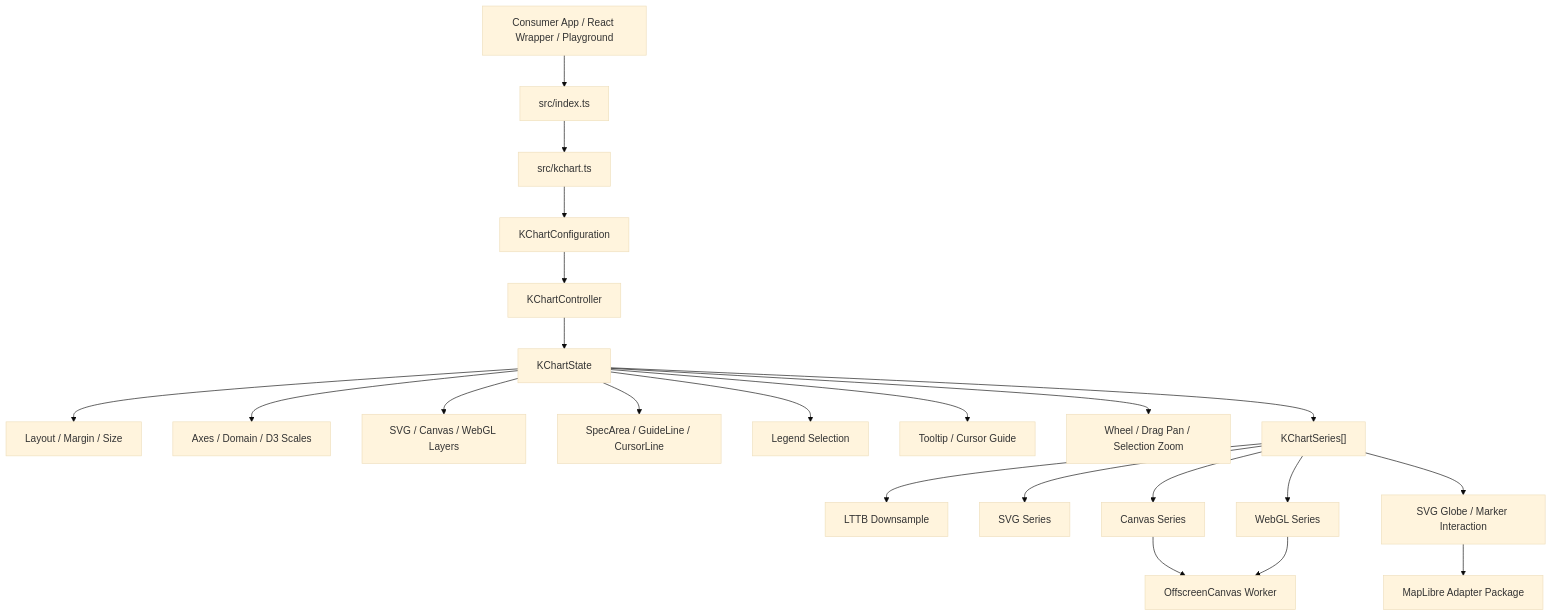
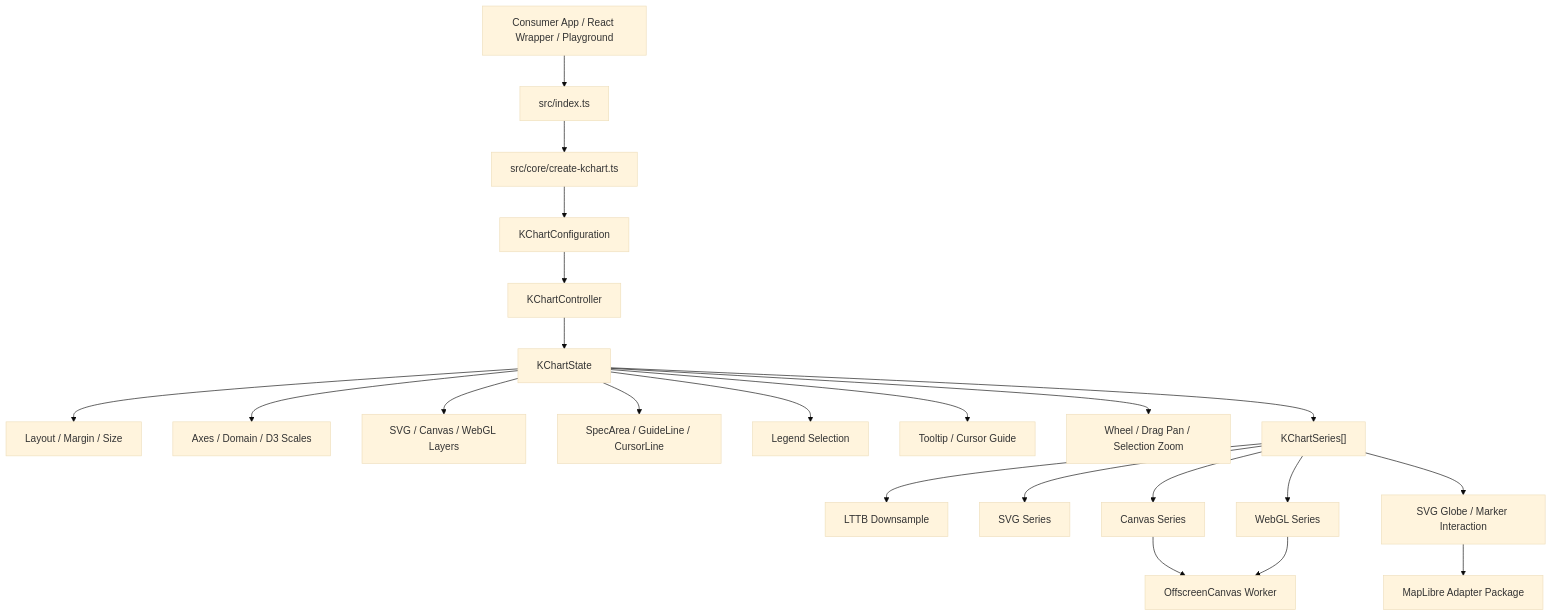
Before and after one commit to keneth80/k-chart: the first of 2 diagrams in docs/code-graph-handoff.md, drawn with Mermaid (base theme). The commit also changed other lines of this file and 29 other files, not shown here.

````diff
--- a/docs/code-graph-handoff.md
+++ b/docs/code-graph-handoff.md
@@ -25,46 +28,46 @@
 ```mermaid
 flowchart TD
     App["Consumer App / React Wrapper / Playground"]
     API["src/index.ts"]
-    Core["src/kchart.ts"]
+    Core["src/core/create-kchart.ts"]
     Config["KChartConfiguration<T>"]
     Controller["KChartController<T>"]
     State["KChartState<T>"]
     Layout["Layout / Margin / Size"]
     Scales["Axes / Domain / D3 Scales"]
     Layers["SVG / Canvas / WebGL Layers"]
     Options["SpecArea / GuideLine / CursorLine"]
     Legend["Legend Selection"]
     Tooltip["Tooltip / Cursor Guide"]
     Zoom["Wheel / Drag Pan / Selection Zoom"]
     Downsample["LTTB Downsample"]
     Series["KChartSeries<T>[]"]
     SvgSeries["SVG Series"]
     CanvasSeries["Canvas Series"]
     WebglSeries["WebGL Series"]
     Worker["OffscreenCanvas Worker"]
     Globe["SVG Globe / Marker Interaction"]
     MapAdapter["MapLibre Adapter Package"]
 
     App --> API
     API --> Core
     Core --> Config
     Config --> Controller
     Controller --> State
     State --> Layout
     State --> Scales
     State --> Layers
     State --> Series
     State --> Options
     State --> Legend
     State --> Tooltip
     State --> Zoom
     Series --> Downsample
     Series --> SvgSeries
     Series --> CanvasSeries
     Series --> WebglSeries
     CanvasSeries --> Worker
     WebglSeries --> Worker
     Series --> Globe
     Globe --> MapAdapter
 ```
````
